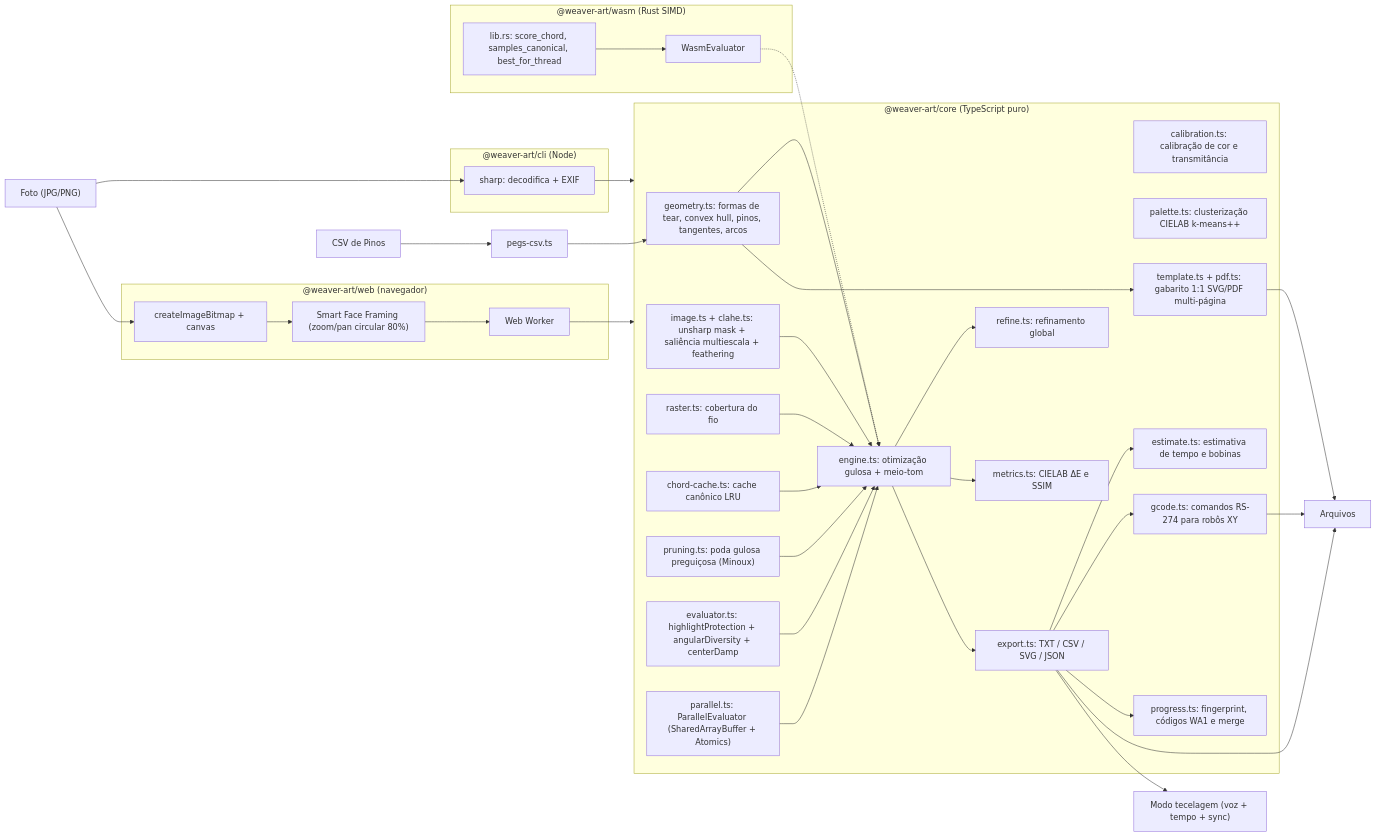
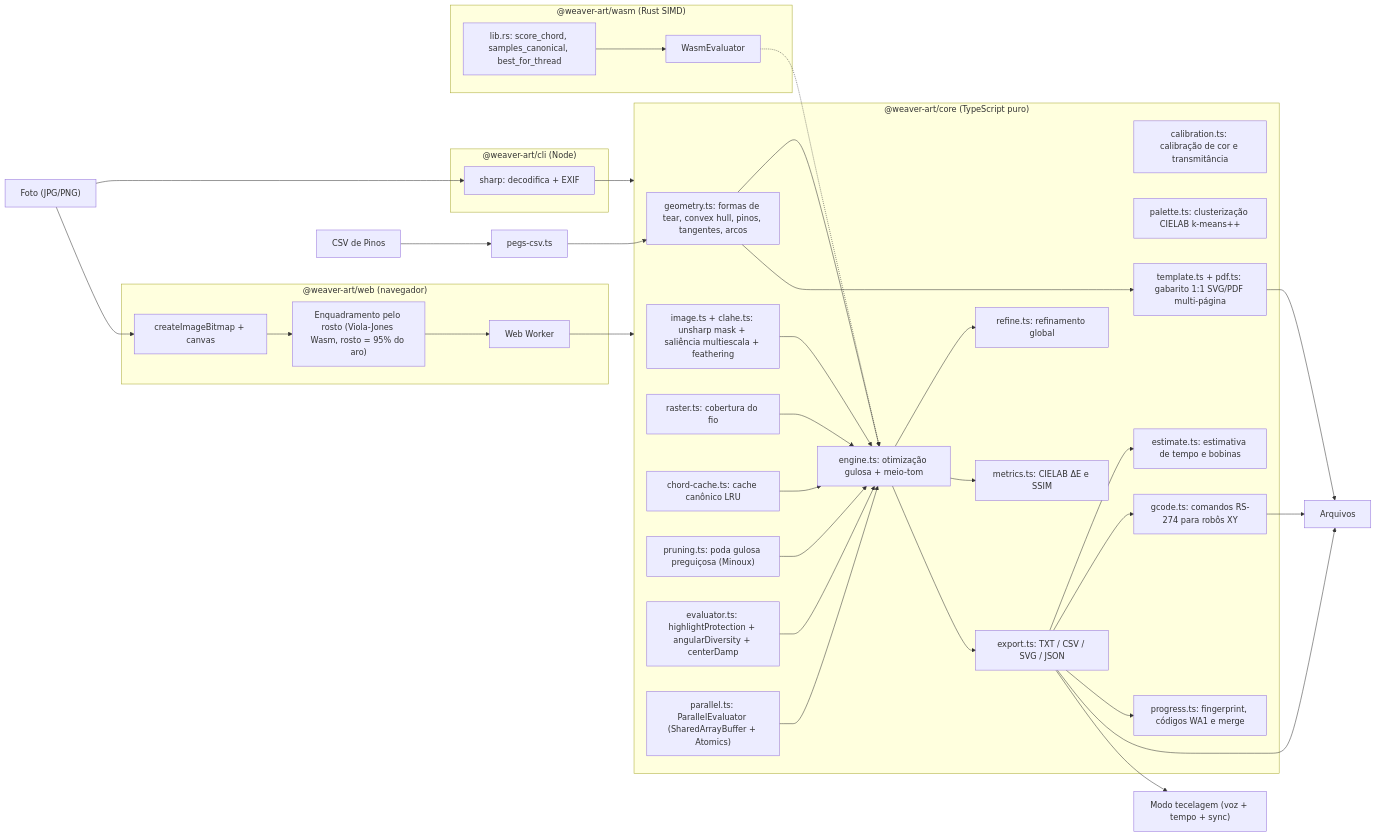
The diagram in docs/ARCHITECTURE.md (AyrtonLoks/weaver-art), drawn with Mermaid before and after one commit. The commit also changed other lines of this file and 5 other files, not shown here.

First line of the commit message:
docs: enquadramento por rosto, aro 28 e vista à distância

````diff
--- a/docs/ARCHITECTURE.md
+++ b/docs/ARCHITECTURE.md
@@ -5,46 +5,46 @@
 ```mermaid
 flowchart LR
   photo["Foto (JPG/PNG)"] --> decode
   csvIn["CSV de Pinos"] --> pegsCsv["pegs-csv.ts"]
   subgraph cli["@weaver-art/cli (Node)"]
     decode["sharp: decodifica + EXIF"]
   end
   subgraph web["@weaver-art/web (navegador)"]
-    framing["Smart Face Framing (zoom/pan circular 80%)"]
+    framing["Enquadramento pelo rosto (Viola-Jones Wasm, rosto = 95% do aro)"]
     bitmap["createImageBitmap + canvas"] --> framing --> worker["Web Worker"]
   end
   photo --> bitmap
   decode --> core
   worker --> core
   pegsCsv --> geo
   subgraph core["@weaver-art/core (TypeScript puro)"]
     prep["image.ts + clahe.ts: unsharp mask + saliência multiescala + feathering"] --> engine["engine.ts: otimização gulosa + meio-tom"]
     geo["geometry.ts: formas de tear, convex hull, pinos, tangentes, arcos"] --> engine
     ras["raster.ts: cobertura do fio"] --> engine
     cache["chord-cache.ts: cache canônico LRU"] --> engine
     prune["pruning.ts: poda gulosa preguiçosa (Minoux)"] --> engine
     eval["evaluator.ts: highlightProtection + angularDiversity + centerDamp"] --> engine
     par["parallel.ts: ParallelEvaluator (SharedArrayBuffer + Atomics)"] --> engine
     engine --> refine["refine.ts: refinamento global"]
     engine --> metrics["metrics.ts: CIELAB ΔE e SSIM"]
     engine --> exp["export.ts: TXT / CSV / SVG / JSON"]
     calib["calibration.ts: calibração de cor e transmitância"]
     pal["palette.ts: clusterização CIELAB k-means++"]
     tmpl["template.ts + pdf.ts: gabarito 1:1 SVG/PDF multi-página"]
     geo --> tmpl
     est["estimate.ts: estimativa de tempo e bobinas"]
     gc["gcode.ts: comandos RS-274 para robôs XY"]
     prog["progress.ts: fingerprint, códigos WA1 e merge"]
     exp --> est
     exp --> gc
     exp --> prog
   end
   subgraph wasm["@weaver-art/wasm (Rust SIMD)"]
     rust["lib.rs: score_chord, samples_canonical, best_for_thread"] --> wasmEval["WasmEvaluator"]
   end
   wasmEval -.-> engine
   exp --> files["Arquivos"]
   tmpl --> files
   gc --> files
   exp --> player["Modo tecelagem (voz + tempo + sync)"]
 ```
````
